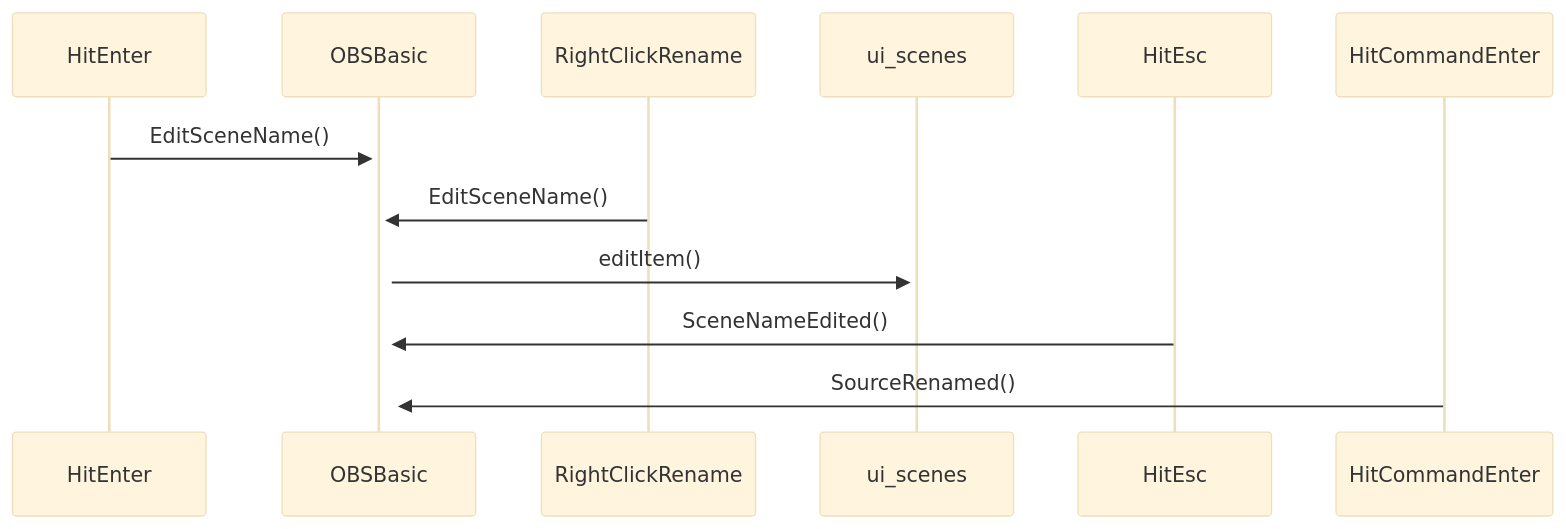
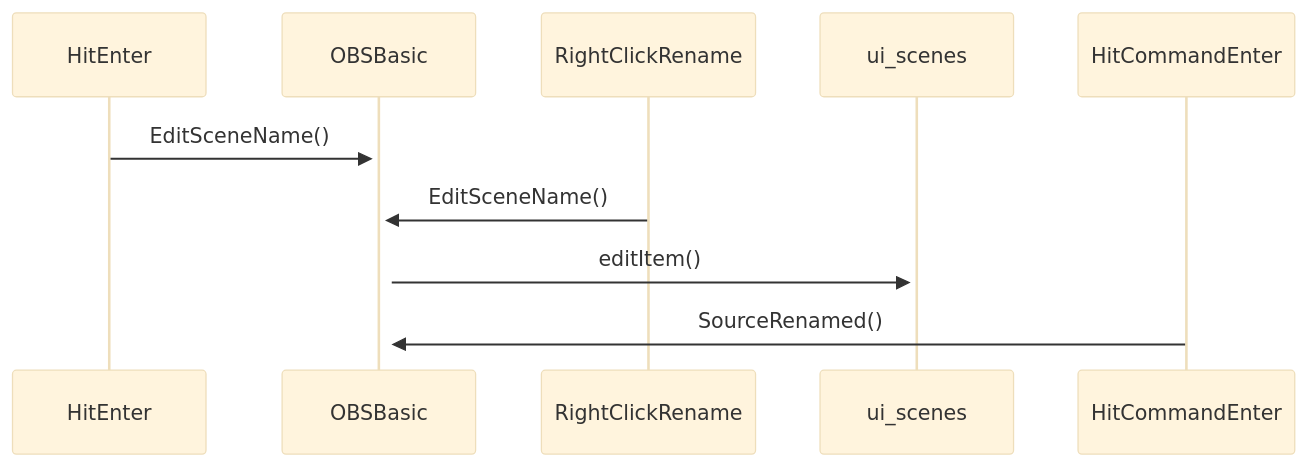
The second of 3 diagrams in docs/obs-studio-3044/README.md (livedebug/livedebug), drawn with Mermaid (base theme) before and after one commit. The commit also changed other lines of this file and 1 other file, not shown here.

````diff
--- a/docs/obs-studio-3044/README.md
+++ b/docs/obs-studio-3044/README.md
@@ -42,11 +46,11 @@
 ```mermaid
 sequenceDiagram
 
 
     HitEnter ->>+ OBSBasic : EditSceneName()
     RightClickRename ->>+ OBSBasic : EditSceneName()
     OBSBasic ->>+ ui_scenes : editItem()
-    HitEsc ->>+ OBSBasic : SceneNameEdited()
+
 
     HitCommandEnter ->>+ OBSBasic : SourceRenamed()
 ```
````
